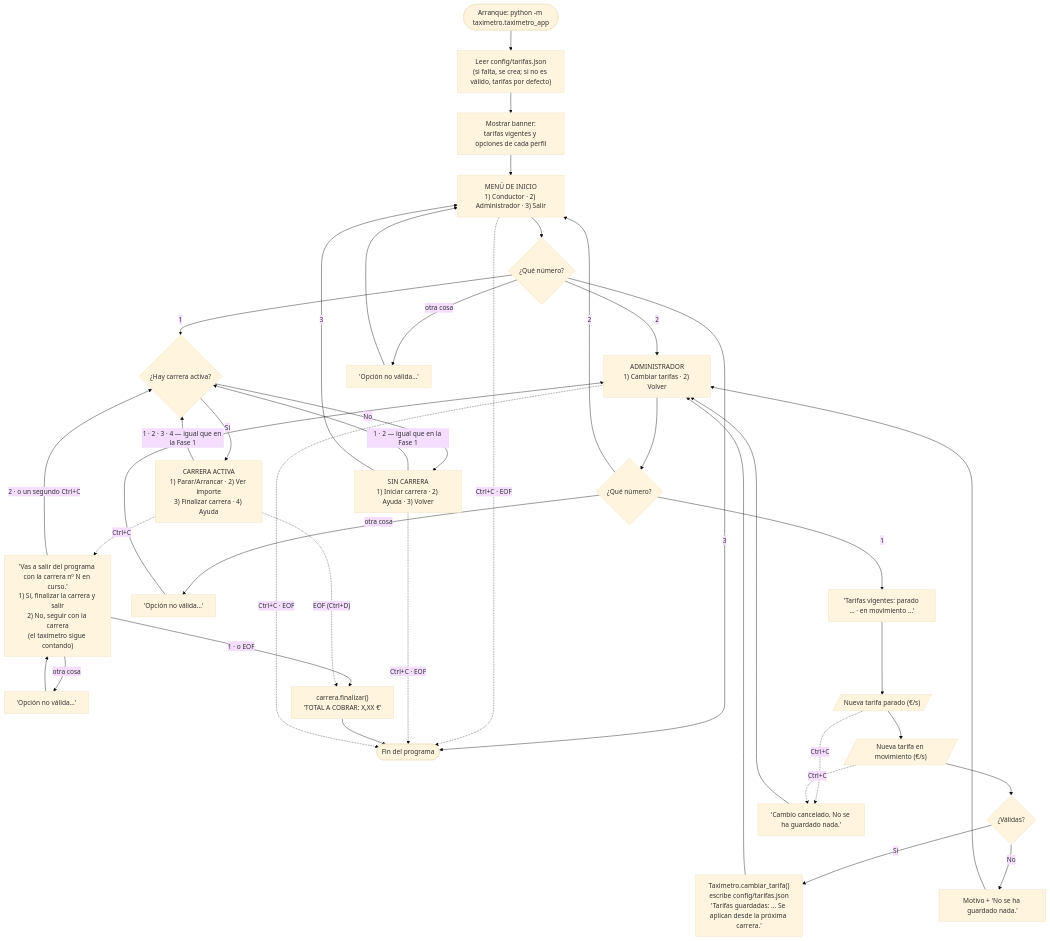
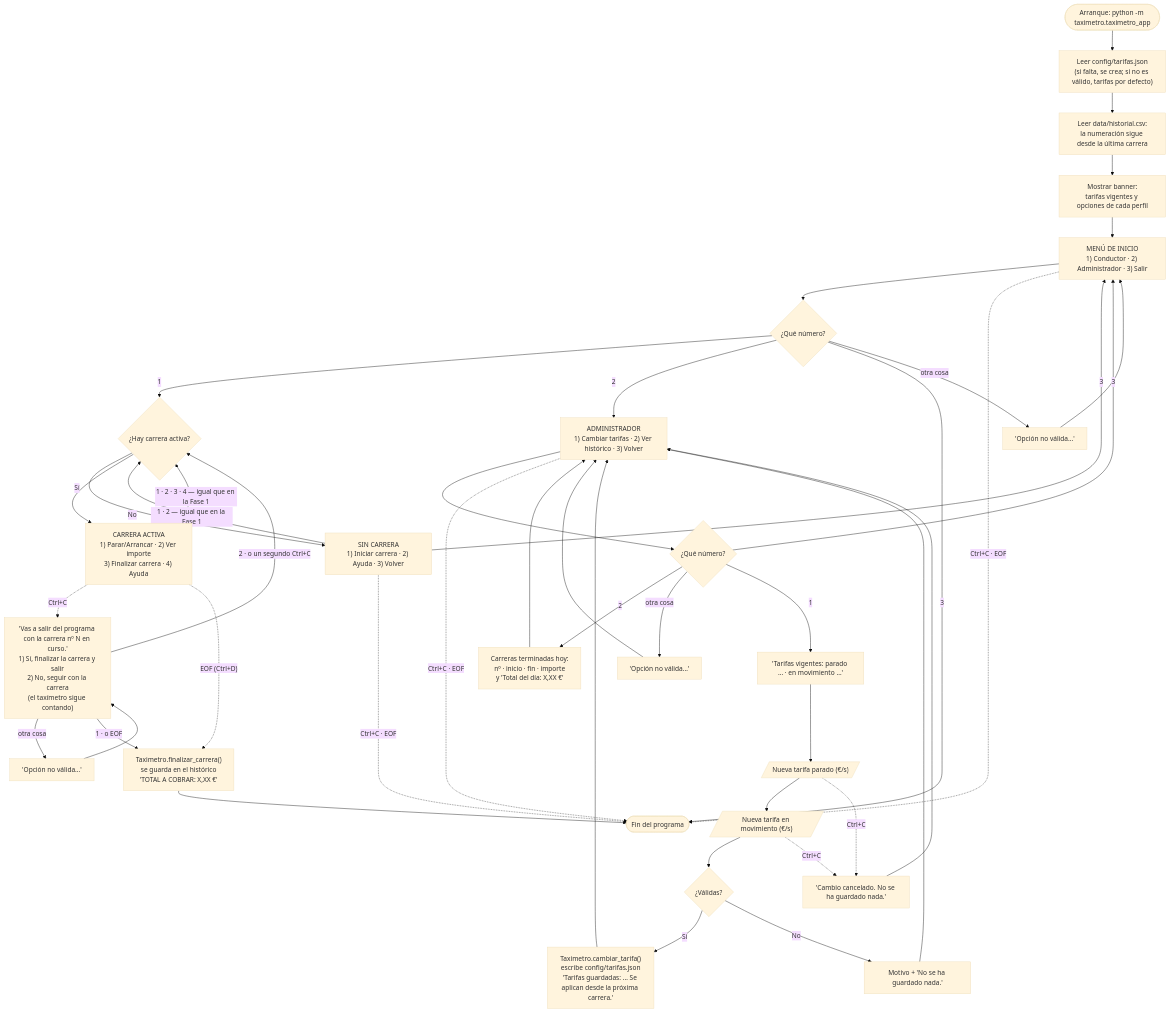
Before and after one commit to IA-P1-BCN/Proyecto1_Manon: the diagram in docs/flujo-fase2.md, drawn with Mermaid (base theme). The commit also changed other lines of this file and 4 other files, not shown here.

````diff
--- a/docs/flujo-fase2.md
+++ b/docs/flujo-fase2.md
@@ -11,46 +11,49 @@
 ```mermaid
 flowchart TD
     START(["Arranque: python -m taximetro.taximetro_app"]) --> CONF["Leer config/tarifas.json<br/>(si falta, se crea; si no es válido, tarifas por defecto)"]
-    CONF --> BANNER["Mostrar banner:<br/>tarifas vigentes y opciones de cada perfil"]
+    CONF --> HIST["Leer data/historial.csv:<br/>la numeración sigue desde la última carrera"]
+    HIST --> BANNER["Mostrar banner:<br/>tarifas vigentes y opciones de cada perfil"]
     BANNER --> INICIO
 
     %% ============ MENÚ DE INICIO ============
     INICIO["MENÚ DE INICIO<br/>1) Conductor · 2) Administrador · 3) Salir"] --> R_INI{"¿Qué número?"}
     R_INI -->|1| COND
     R_INI -->|2| ADMIN
     R_INI -->|3| FIN(["Fin del programa"])
     R_INI -->|"otra cosa"| NV_INI["'Opción no válida…'"] --> INICIO
     INICIO -.->|"Ctrl+C · EOF"| FIN
 
     %% ============ CONDUCTOR ============
     COND{"¿Hay carrera activa?"}
     COND -->|No| SIN["SIN CARRERA<br/>1) Iniciar carrera · 2) Ayuda · 3) Volver"]
     SIN -->|"1 · 2 — igual que en la Fase 1"| COND
     SIN -->|3| INICIO
     SIN -.->|"Ctrl+C · EOF"| FIN
 
     COND -->|Sí| CON["CARRERA ACTIVA<br/>1) Parar/Arrancar · 2) Ver importe<br/>3) Finalizar carrera · 4) Ayuda"]
     CON -->|"1 · 2 · 3 · 4 — igual que en la Fase 1"| COND
     CON -.->|"Ctrl+C"| PREG["'Vas a salir del programa con la carrera nº N en curso.'<br/>1) Sí, finalizar la carrera y salir<br/>2) No, seguir con la carrera<br/>(el taxímetro sigue contando)"]
     PREG -->|2 · o un segundo Ctrl+C| COND
     PREG -->|"otra cosa"| NV_PREG["'Opción no válida…'"] --> PREG
-    PREG -->|"1 · o EOF"| CIERRE["carrera.finalizar()<br/>'TOTAL A COBRAR: X,XX €'"]
+    PREG -->|"1 · o EOF"| CIERRE["Taximetro.finalizar_carrera()<br/>se guarda en el histórico<br/>'TOTAL A COBRAR: X,XX €'"]
     CON -.->|"EOF (Ctrl+D)"| CIERRE
     CIERRE --> FIN
 
     %% ============ ADMINISTRADOR ============
-    ADMIN["ADMINISTRADOR<br/>1) Cambiar tarifas · 2) Volver"] --> R_ADM{"¿Qué número?"}
-    R_ADM -->|2| INICIO
+    ADMIN["ADMINISTRADOR<br/>1) Cambiar tarifas · 2) Ver histórico · 3) Volver"] --> R_ADM{"¿Qué número?"}
+    R_ADM -->|3| INICIO
+    R_ADM -->|2| HOY["Carreras terminadas hoy:<br/>nº · inicio · fin · importe<br/>y 'Total del día: X,XX €'"]
+    HOY --> ADMIN
     R_ADM -->|"otra cosa"| NV_ADM["'Opción no válida…'"] --> ADMIN
     ADMIN -.->|"Ctrl+C · EOF"| FIN
     R_ADM -->|1| VIG["'Tarifas vigentes: parado … · en movimiento …'"]
     VIG --> P1[/"Nueva tarifa parado (€/s)"/]
     P1 --> P2[/"Nueva tarifa en movimiento (€/s)"/]
     P2 --> VAL{"¿Válidas?"}
     VAL -->|Sí| GUARDA["Taximetro.cambiar_tarifa()<br/>escribe config/tarifas.json<br/>'Tarifas guardadas: … Se aplican desde la próxima carrera.'"]
     GUARDA --> ADMIN
     VAL -->|No| ERR["Motivo + 'No se ha guardado nada.'"] --> ADMIN
     P1 -.->|"Ctrl+C"| CANC["'Cambio cancelado. No se ha guardado nada.'"]
     P2 -.->|"Ctrl+C"| CANC
     CANC --> ADMIN
 ```
````
